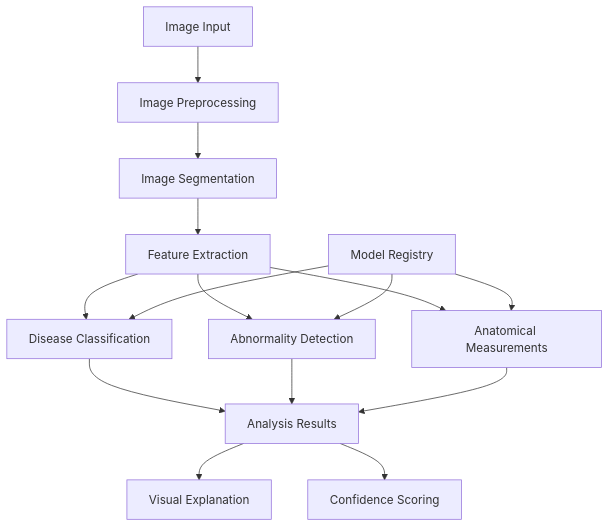
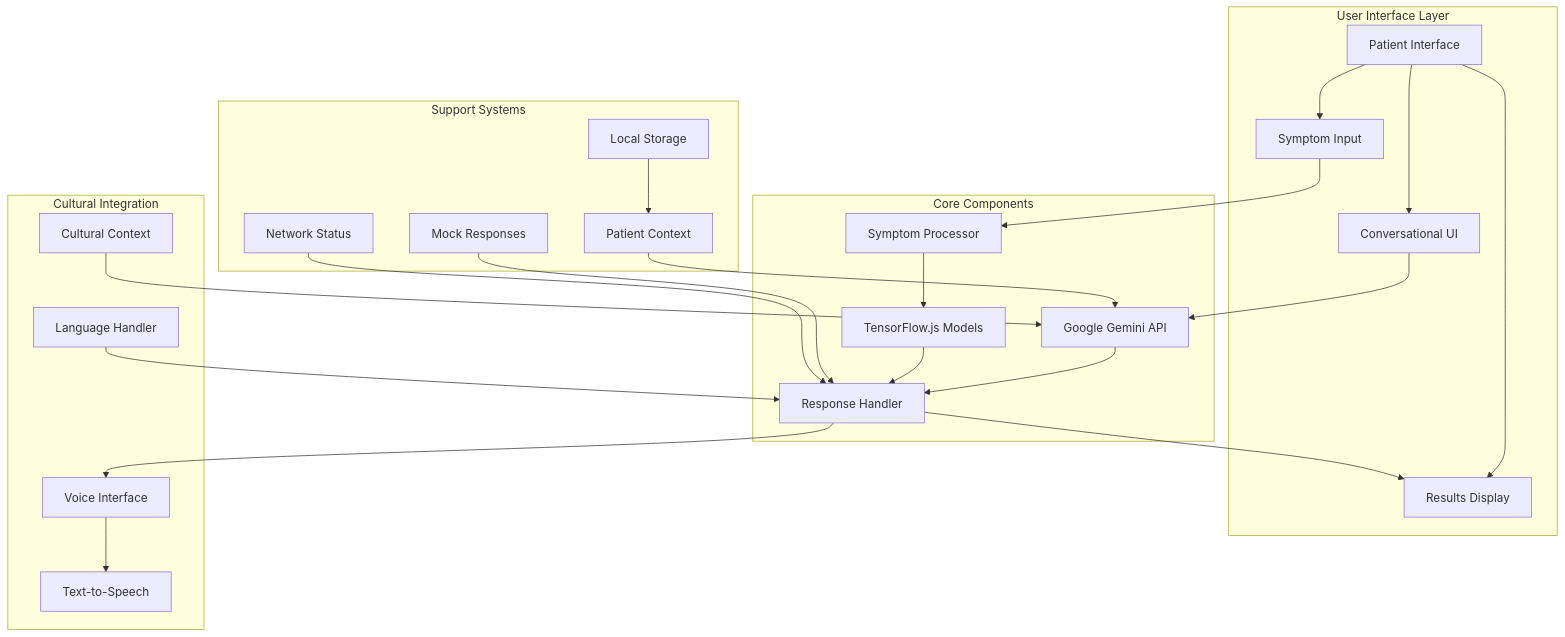
The diagram in docs/ai-doctor.md (jaffarkeikei/kwecare-bridge-health), drawn with Mermaid before and after one commit. The commit also changed other lines of this file and 2 other files, not shown here.

Commit message:
Update documentation to reflect actual implementation: AI Doctor and Assistant using Google Gemini instead of OpenAI GPT-4, simplified offline capabilities, and clarified data management technologies

````diff
--- a/docs/ai-doctor.md
+++ b/docs/ai-doctor.md
@@ -106,21 +9,31 @@
 ```mermaid
 graph TD
-    ImageInput[Image Input] --> Preprocessing[Image Preprocessing]
-    Preprocessing --> Segmentation[Image Segmentation]
-    Segmentation --> FeatureExtraction[Feature Extraction]
+    subgraph "User Interface Layer"
+        UI[Patient Interface] --> Conv[Conversational UI]
+        UI --> SymptomInput[Symptom Input]
+        UI --> Results[Results Display]
+    end
     
-    FeatureExtraction --> Classification[Disease Classification]
-    FeatureExtraction --> Detection[Abnormality Detection]
-    FeatureExtraction --> Measurement[Anatomical Measurements]
+    subgraph "Core Components"
+        Conv --> GeminiAPI[Google Gemini API]
+        SymptomInput --> SymptomProcessor[Symptom Processor]
+        SymptomProcessor --> TFModels[TensorFlow.js Models]
+        GeminiAPI --> ResponseHandler[Response Handler]
+        TFModels --> ResponseHandler
+        ResponseHandler --> Results
+    end
     
-    Classification --> Results[Analysis Results]
-    Detection --> Results
-    Measurement --> Results
+    subgraph "Support Systems"
+        PatientContext[Patient Context] --> GeminiAPI
+        LocalStorage[Local Storage] --> PatientContext
+        MockResponses[Mock Responses] --> ResponseHandler
+        NetworkStatus[Network Status] --> ResponseHandler
+    end
     
-    Results --> Explanation[Visual Explanation]
-    Results --> Confidence[Confidence Scoring]
-    
-    ModelRegistry[Model Registry] --> Classification
-    ModelRegistry --> Detection
-    ModelRegistry --> Measurement
+    subgraph "Cultural Integration"
+        CulturalContext[Cultural Context] --> GeminiAPI
+        LanguageHandler[Language Handler] --> ResponseHandler
+        VoiceInterface[Voice Interface] --> TTS[Text-to-Speech]
+        ResponseHandler --> VoiceInterface
+    end
 ```
````
